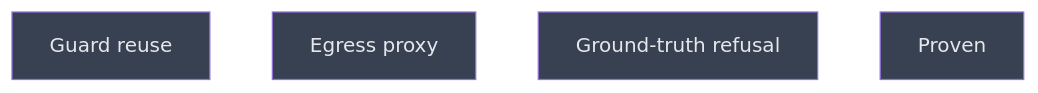
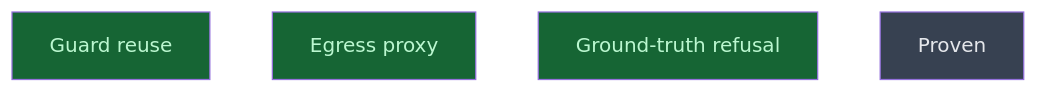
The diagram in __roadmap__/m5b-egress-proxy/README.md (CrackingShells/Candler), drawn with Mermaid before and after one commit. The commit also changed other lines of this file and 4 other files, not shown here.

````diff
--- a/__roadmap__/m5b-egress-proxy/README.md
+++ b/__roadmap__/m5b-egress-proxy/README.md
@@ -74,12 +74,12 @@
 ```mermaid
 graph TD
-    guard_reuse[Guard reuse]:::planned
-    egress_proxy[Egress proxy]:::planned
-    ground_truth_refusal[Ground-truth refusal]:::planned
+    guard_reuse[Guard reuse]:::done
+    egress_proxy[Egress proxy]:::done
+    ground_truth_refusal[Ground-truth refusal]:::done
     proven[Proven]:::planned
     classDef done       fill:#166534,color:#bbf7d0
     classDef inprogress fill:#854d0e,color:#fef08a
     classDef planned    fill:#374151,color:#e5e7eb
     classDef amendment  fill:#1e3a5f,color:#bfdbfe
     classDef blocked    fill:#7f1d1d,color:#fecaca
 ```
````
